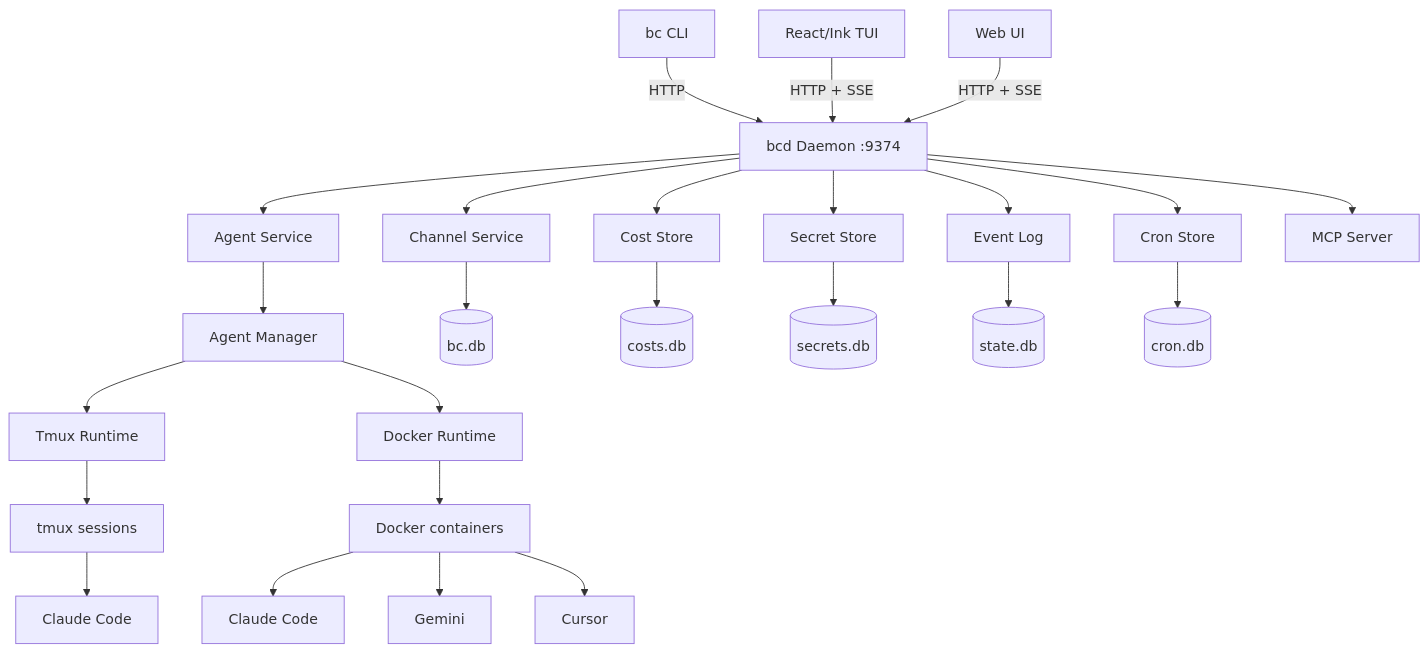
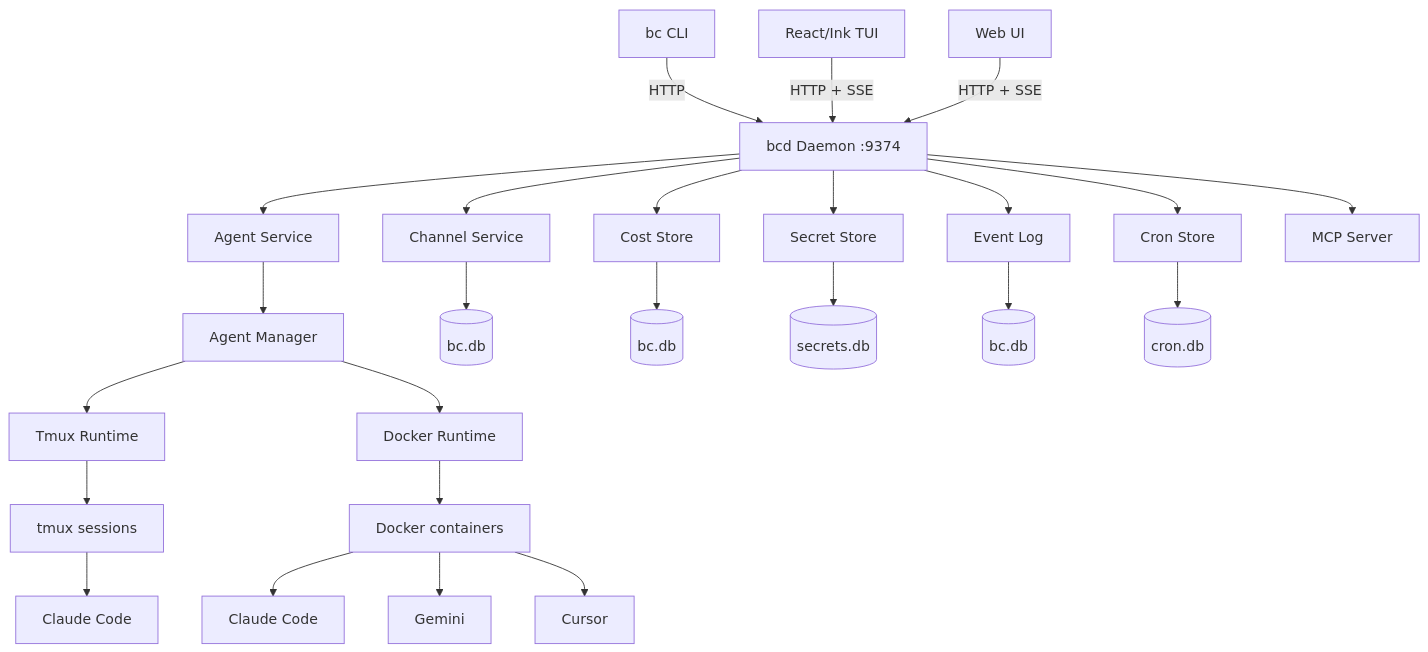
The second of 2 diagrams in docs/reviews/backend.md (gh-curious-otter/bc), drawn with Mermaid before and after one commit. The commit also changed other lines of this file and 17 other files, not shown here.

````diff
--- a/docs/reviews/backend.md
+++ b/docs/reviews/backend.md
@@ -257,32 +257,32 @@
 ```mermaid
 graph TB
     CLI[bc CLI] -->|HTTP| Daemon[bcd Daemon :9374]
     TUI[React/Ink TUI] -->|HTTP + SSE| Daemon
     WebUI[Web UI] -->|HTTP + SSE| Daemon
 
     Daemon --> AgentSvc[Agent Service]
     Daemon --> ChannelSvc[Channel Service]
     Daemon --> CostStore[Cost Store]
     Daemon --> SecretStore[Secret Store]
     Daemon --> CronStore[Cron Store]
     Daemon --> EventLog[Event Log]
     Daemon --> MCPSrv[MCP Server]
 
     AgentSvc --> AgentMgr[Agent Manager]
     AgentMgr --> TmuxRT[Tmux Runtime]
     AgentMgr --> DockerRT[Docker Runtime]
 
     TmuxRT --> Tmux[tmux sessions]
     DockerRT --> Docker[Docker containers]
 
     ChannelSvc --> SQLite1[(bc.db)]
-    CostStore --> SQLite2[(costs.db)]
+    CostStore --> SQLite2[(bc.db)]
     SecretStore --> SQLite3[(secrets.db)]
-    EventLog --> SQLite4[(state.db)]
+    EventLog --> SQLite4[(bc.db)]
     CronStore --> SQLite5[(cron.db)]
 
     Docker --> Claude[Claude Code]
     Docker --> Gemini[Gemini]
     Docker --> Cursor[Cursor]
     Tmux --> Claude2[Claude Code]
 ```
````
